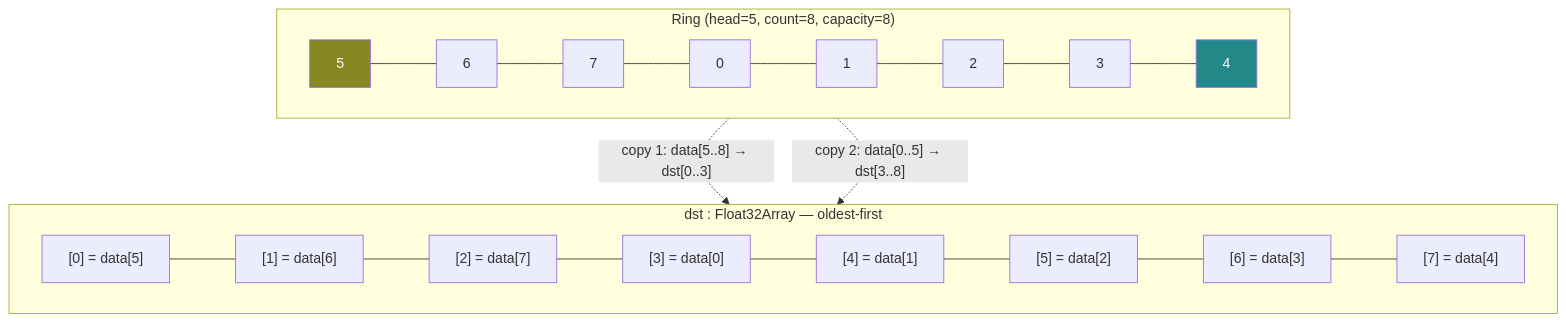
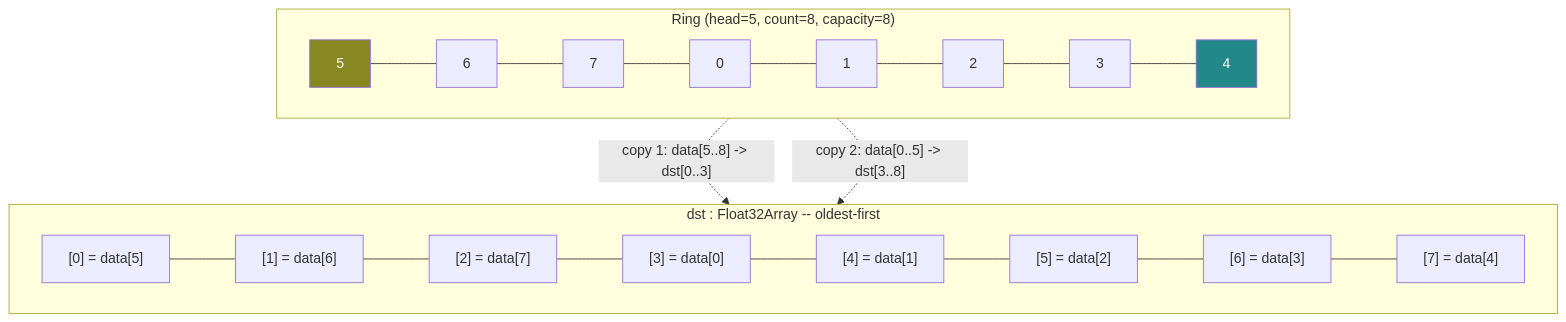
The third of 4 diagrams in README.md (PeshoVurtoleta/lite-ring-buffer), drawn with Mermaid before and after one commit. The commit also changed other lines of this file and 9 other files, not shown here.

First line of the commit message:
Move tests to node:test; add torture and ASCII gates (ROADMAP D)

````diff
--- a/README.md
+++ b/README.md
@@ -199,15 +200,15 @@
 ```mermaid
 flowchart TB
     subgraph R["Ring (head=5, count=8, capacity=8)"]
         direction LR
         R5["5"]:::oldest --- R6["6"] --- R7["7"] --- R0["0"] --- R1["1"] --- R2["2"] --- R3["3"] --- R4["4"]:::newest
     end
-    subgraph D["dst : Float32Array — oldest-first"]
+    subgraph D["dst : Float32Array -- oldest-first"]
         direction LR
         D0["[0] = data[5]"] --- D1["[1] = data[6]"] --- D2["[2] = data[7]"] --- D3["[3] = data[0]"] --- D4["[4] = data[1]"] --- D5["[5] = data[2]"] --- D6["[6] = data[3]"] --- D7["[7] = data[4]"]
     end
-    R5 -. "copy 1: data[5..8] → dst[0..3]" .-> D0
-    R0 -. "copy 2: data[0..5] → dst[3..8]" .-> D3
+    R5 -. "copy 1: data[5..8] -> dst[0..3]" .-> D0
+    R0 -. "copy 2: data[0..5] -> dst[3..8]" .-> D3
     classDef oldest fill:#882,color:#fff
     classDef newest fill:#288,color:#fff
 ```
````
